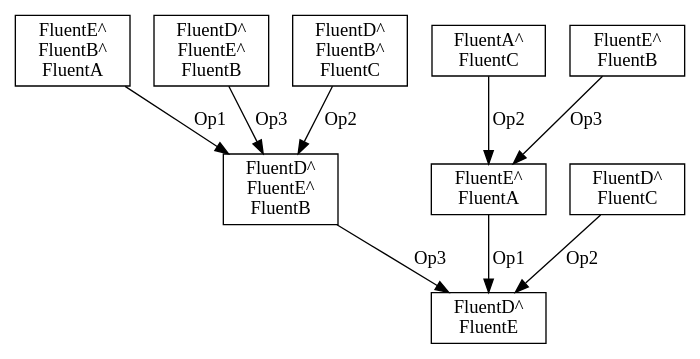
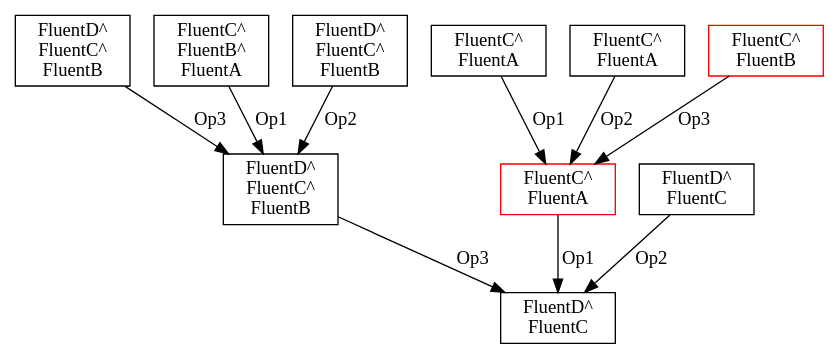
One commit to mendes-jose/task-planning changed the diagram in mygraph.dot. Above: the diagram before and after it, drawn with Graphviz. The commit also changed 5 other files, not shown here.

Commit message:
Added Pygraphviz for generating graph image

```diff
--- a/mygraph.dot
+++ b/mygraph.dot
@@ -1,19 +1,23 @@
 digraph planningTree {
-	r0 [label="FluentD^\nFluentE", shape=box];
-	r1 [label="FluentD^\nFluentE^\nFluentB", shape=box];
+	r0 [label="FluentD^\nFluentC", shape=box];
+	r1 [label="FluentD^\nFluentC^\nFluentB", shape=box];
 	r1 -> r0 [label="Op3"];
-	r2 [label="FluentE^\nFluentA", shape=box];
+	r2 [label="FluentC^\nFluentA", shape=box];
 	r2 -> r0 [label="Op1"];
 	r3 [label="FluentD^\nFluentC", shape=box];
 	r3 -> r0 [label="Op2"];
-	r4 [label="FluentE^\nFluentB^\nFluentA", shape=box];
-	r4 -> r1 [label="Op1"];
-	r5 [label="FluentD^\nFluentE^\nFluentB", shape=box];
-	r5 -> r1 [label="Op3"];
-	r6 [label="FluentD^\nFluentB^\nFluentC", shape=box];
+	r4 [label="FluentD^\nFluentC^\nFluentB", shape=box];
+	r4 -> r1 [label="Op3"];
+	r5 [label="FluentC^\nFluentB^\nFluentA", shape=box];
+	r5 -> r1 [label="Op1"];
+	r6 [label="FluentD^\nFluentC^\nFluentB", shape=box];
 	r6 -> r1 [label="Op2"];
-	r7 [label="FluentA^\nFluentC", shape=box];
-	r7 -> r2 [label="Op2"];
-	r8 [label="FluentE^\nFluentB", shape=box];
-	r8 -> r2 [label="Op3"];
+	r7 [label="FluentC^\nFluentA", shape=box];
+	r7 -> r2 [label="Op1"];
+	r8 [label="FluentC^\nFluentA", shape=box];
+	r8 -> r2 [label="Op2"];
+	r9 [label="FluentC^\nFluentB", shape=box];
+	r9 -> r2 [label="Op3"];
+	r9[color = red];
+	r2[color = red];
 }
```
